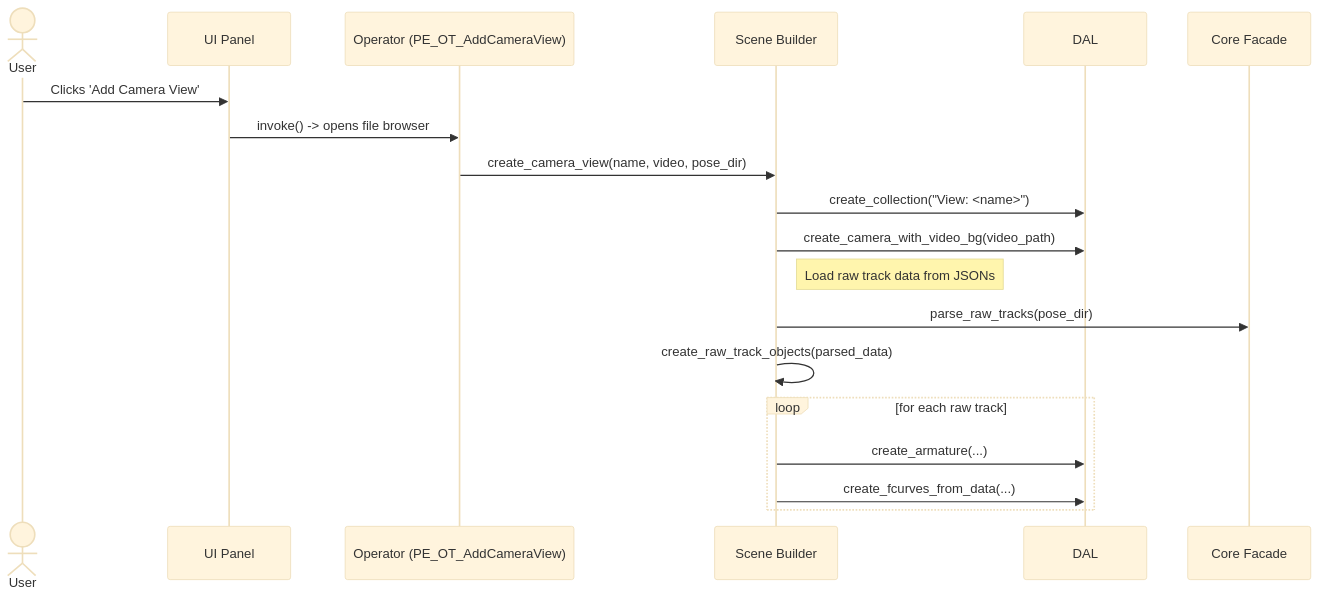
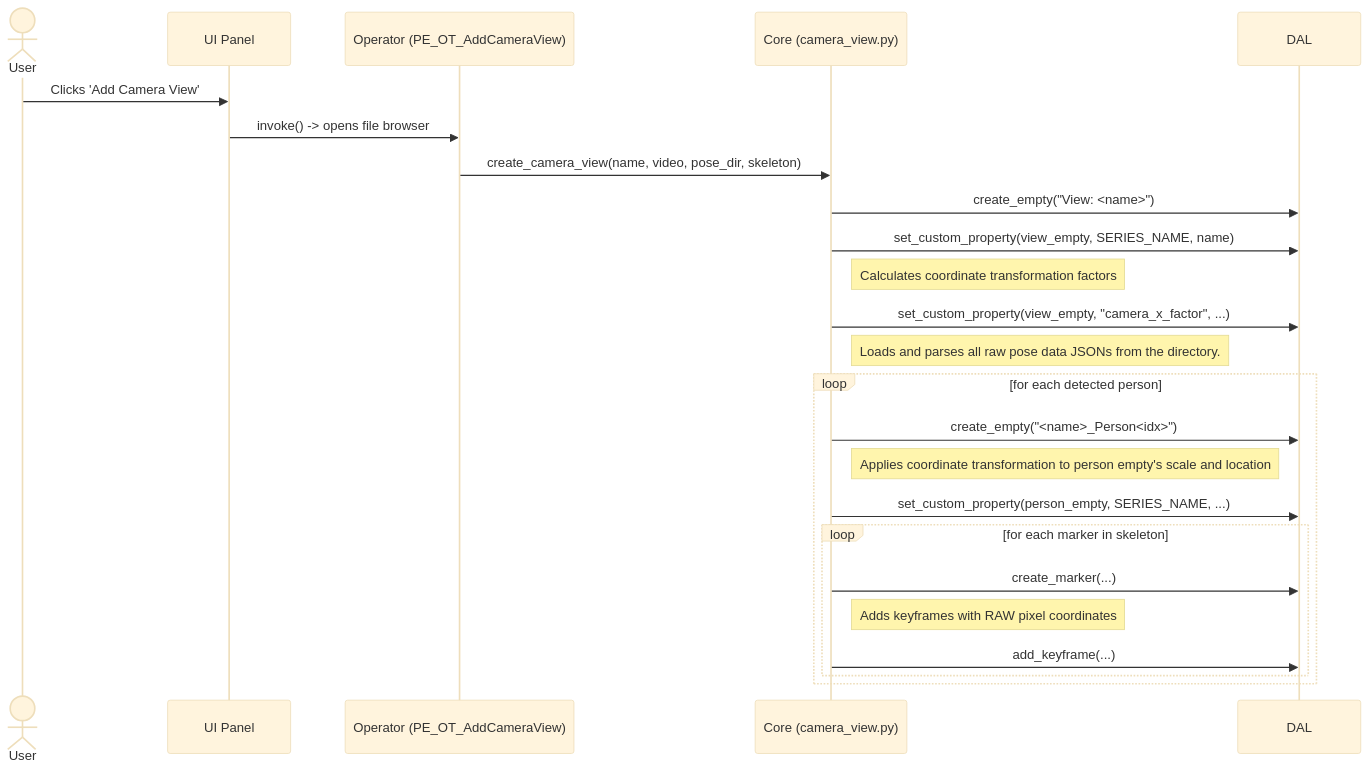
The third of 5 diagrams in impl_architecture.md (hkaimio/PoseEdit), drawn with Mermaid (base theme) before and after one commit. The commit also changed other lines of this file and 2 other files, not shown here.

Commit message:
Start work with CameraView

````diff
--- a/impl_architecture.md
+++ b/impl_architecture.md
@@ -210,16 +210,22 @@
     ```mermaid
     sequenceDiagram
         actor User
         User->>UI Panel: Clicks 'Add Camera View'
         UI Panel->>Operator (PE_OT_AddCameraView): invoke() -> opens file browser
-        Operator (PE_OT_AddCameraView)->>Scene Builder: create_camera_view(name, video, pose_dir)
-        Scene Builder->>DAL: create_collection("View: <name>")
-        Scene Builder->>DAL: create_camera_with_video_bg(video_path)
-        Note right of Scene Builder: Load raw track data from JSONs
-        Scene Builder->>Core Facade: parse_raw_tracks(pose_dir)
-        Scene Builder->>Scene Builder: create_raw_track_objects(parsed_data)
-        loop for each raw track
-            Scene Builder->>DAL: create_armature(...)
-            Scene Builder->>DAL: create_fcurves_from_data(...)
+        Operator (PE_OT_AddCameraView)->>Core (camera_view.py): create_camera_view(name, video, pose_dir, skeleton)
+        Core (camera_view.py)->>DAL: create_empty("View: <name>")
+        Core (camera_view.py)->>DAL: set_custom_property(view_empty, SERIES_NAME, name)
+        Note right of Core (camera_view.py): Calculates coordinate transformation factors
+        Core (camera_view.py)->>DAL: set_custom_property(view_empty, "camera_x_factor", ...)
+        Note right of Core (camera_view.py): Loads and parses all raw pose data JSONs from the directory.
+        loop for each detected person
+            Core (camera_view.py)->>DAL: create_empty("<name>_Person<idx>")
+            Note right of Core (camera_view.py): Applies coordinate transformation to person empty's scale and location
+            Core (camera_view.py)->>DAL: set_custom_property(person_empty, SERIES_NAME, ...)
+            loop for each marker in skeleton
+                Core (camera_view.py)->>DAL: create_marker(...)
+                Note right of Core (camera_view.py): Adds keyframes with RAW pixel coordinates
+                Core (camera_view.py)->>DAL: add_keyframe(...)
+            end
         end
     ```
````
